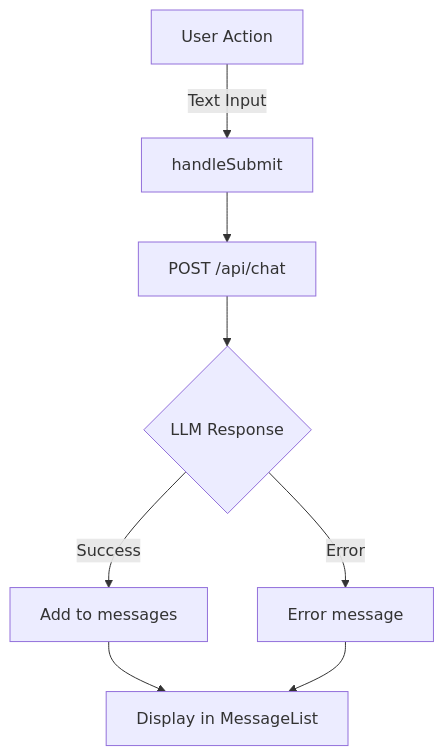
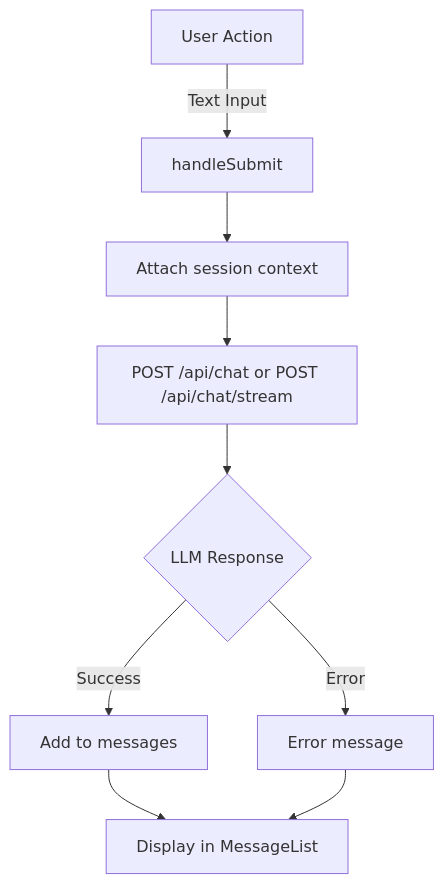
One commit to NarayanYerrabachu/dguv_frontend changed the diagram in docs/understanding-features/chat-interface.md. Above: the diagram before and after it, drawn with Mermaid. The commit also changed other lines of this file and 2 other files, not shown here.

First line of the commit message:
[docs] Phase 6: Documentation for session persistence

````diff
--- a/docs/understanding-features/chat-interface.md
+++ b/docs/understanding-features/chat-interface.md
@@ -15,10 +15,11 @@
 ```mermaid
 flowchart TD
     A[User Action] -->|Text Input| B[handleSubmit]
-    B --> D["POST /api/chat"]
+    B --> C["Attach session context"]
+    C --> D["POST /api/chat or POST /api/chat/stream"]
     D --> I{LLM Response}
     I -->|Success| J["Add to messages"]
     I -->|Error| K["Error message"]
     J --> L["Display in MessageList"]
     K --> L
 ```
````
